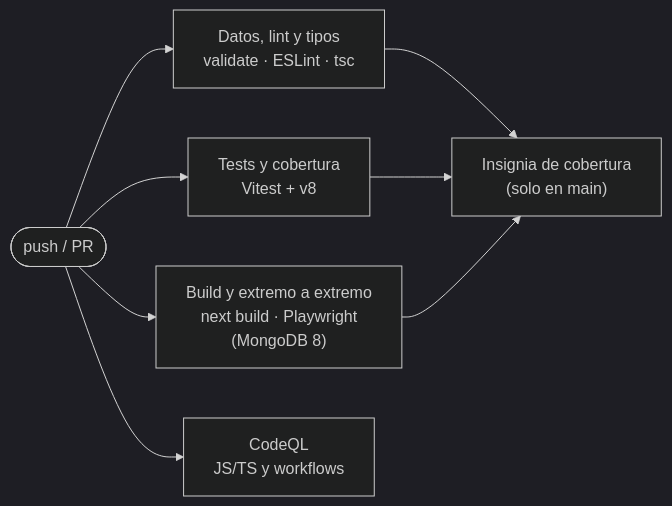
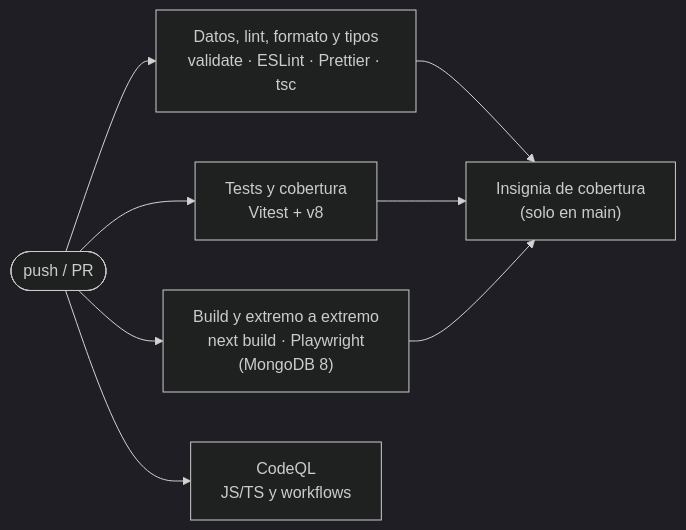
Before and after one commit to Pablo-Caballero-Maria/sinophile: the third of 3 diagrams in README.md, drawn with Mermaid (dark theme). The commit also changed other lines of this file and 4 other files, not shown here.

````diff
--- a/README.md
+++ b/README.md
@@ -245,8 +247,8 @@
 ```mermaid
 flowchart LR
-    P(["push / PR"]) --> Q["Datos, lint y tipos<br/>validate · ESLint · tsc"]
+    P(["push / PR"]) --> Q["Datos, lint, formato y tipos<br/>validate · ESLint · Prettier · tsc"]
     P --> T["Tests y cobertura<br/>Vitest + v8"]
     P --> B["Build y extremo a extremo<br/>next build · Playwright<br/>(MongoDB 8)"]
     P --> C["CodeQL<br/>JS/TS y workflows"]
     Q & T & B --> I["Insignia de cobertura<br/>(solo en main)"]
 ```
````
